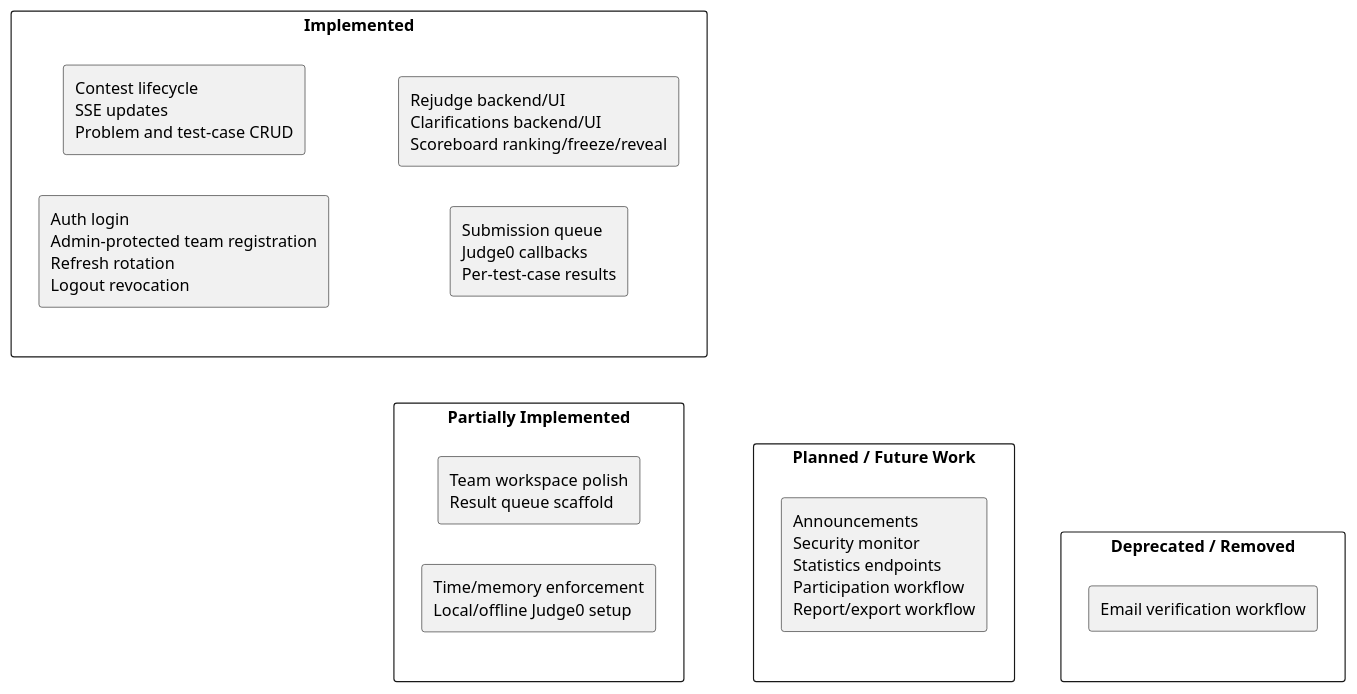
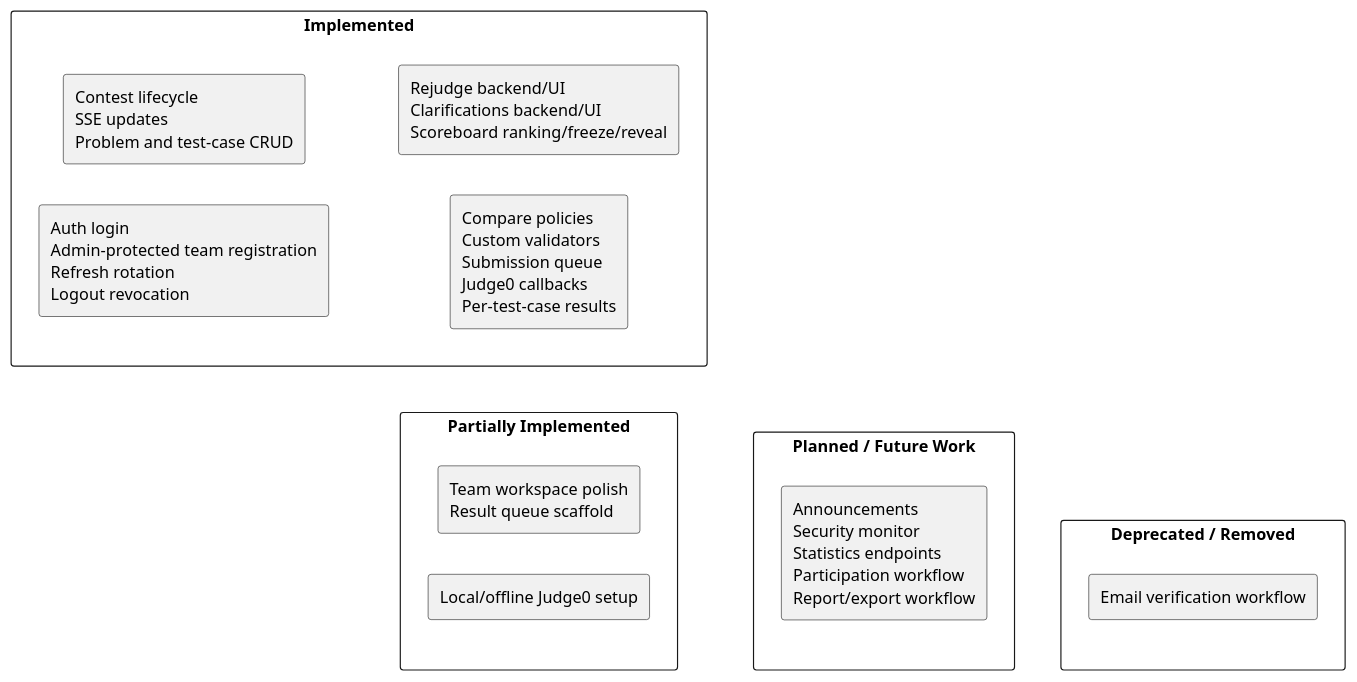
One commit to AuraC-graduate-project/AuraC2 changed the third of 17 diagrams in docs/report-rebuild/diagram-prompts.md. Above: the diagram before and after it, drawn with PlantUML. The commit also changed other lines of this file and 37 other files, not shown here.

Commit message:
feat(phase-7): add custom output validators

````diff
--- a/docs/report-rebuild/diagram-prompts.md
+++ b/docs/report-rebuild/diagram-prompts.md
@@ -93,24 +93,24 @@
 ```plantuml
 @startuml
 left to right direction
 rectangle "Implemented" as I {
   rectangle "Auth login\nAdmin-protected team registration\nRefresh rotation\nLogout revocation"
   rectangle "Contest lifecycle\nSSE updates\nProblem and test-case CRUD"
-  rectangle "Submission queue\nJudge0 callbacks\nPer-test-case results"
+  rectangle "Compare policies\nCustom validators\nSubmission queue\nJudge0 callbacks\nPer-test-case results"
   rectangle "Rejudge backend/UI\nClarifications backend/UI\nScoreboard ranking/freeze/reveal"
 }
 rectangle "Partially Implemented" as P {
   rectangle "Team workspace polish\nResult queue scaffold"
-  rectangle "Time/memory enforcement\nLocal/offline Judge0 setup"
+  rectangle "Local/offline Judge0 setup"
 }
 rectangle "Planned / Future Work" as F {
   rectangle "Announcements\nSecurity monitor\nStatistics endpoints\nParticipation workflow\nReport/export workflow"
 }
 rectangle "Deprecated / Removed" as R {
   rectangle "Email verification workflow"
 }
 I -[hidden]-> P
 P -[hidden]-> F
 F -[hidden]-> R
 @enduml
 ```
````
